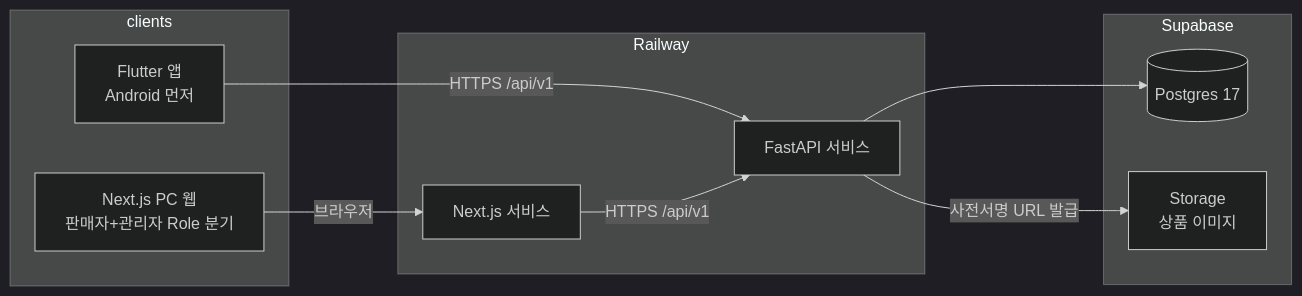
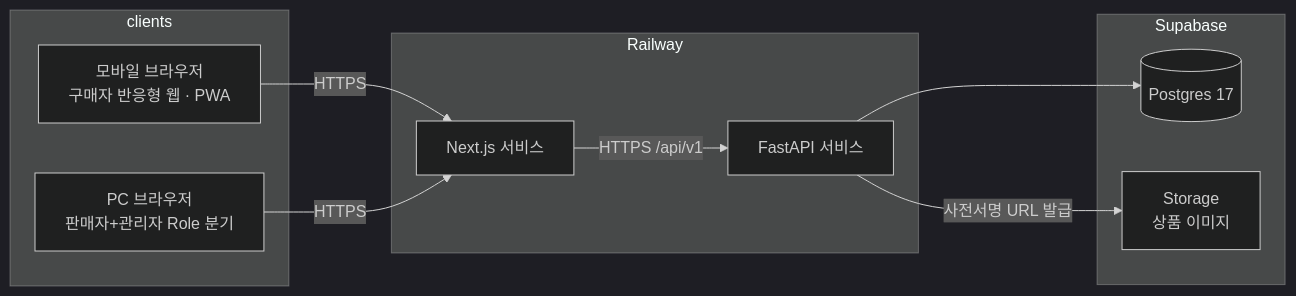
The second of 3 diagrams in _bmad-output/planning-artifacts/architecture/architecture-SLUR_platform_blueprint-2026-07-15/ARCHITECTURE-SPINE.md (slur16105/SLUR_platform_blueprint), drawn with Mermaid (dark theme) before and after one commit. The commit also changed other lines of this file and 1 other file, not shown here.

First line of the commit message:
아키텍처 스파인 개정: AD-14 신설 + Flutter 서술 정정 (제안서 §5.3)

````diff
--- a/_bmad-output/planning-artifacts/architecture/architecture-SLUR_platform_blueprint-2026-07-15/ARCHITECTURE-SPINE.md
+++ b/_bmad-output/planning-artifacts/architecture/architecture-SLUR_platform_blueprint-2026-07-15/ARCHITECTURE-SPINE.md
@@ -177,20 +184,20 @@
 ```mermaid
 graph LR
     subgraph clients
-        FL[Flutter 앱<br/>Android 먼저]
-        NX[Next.js PC 웹<br/>판매자+관리자 Role 분기]
+        BW[모바일 브라우저<br/>구매자 반응형 웹 · PWA]
+        NX[PC 브라우저<br/>판매자+관리자 Role 분기]
     end
     subgraph Railway
         API[FastAPI 서비스]
         WEB[Next.js 서비스]
     end
     subgraph Supabase
         PG[(Postgres 17)]
         ST[Storage<br/>상품 이미지]
     end
-    FL -->|HTTPS /api/v1| API
-    NX -->|브라우저| WEB
+    BW -->|HTTPS| WEB
+    NX -->|HTTPS| WEB
     WEB -->|HTTPS /api/v1| API
     API --> PG
     API -->|사전서명 URL 발급| ST
 ```
````
